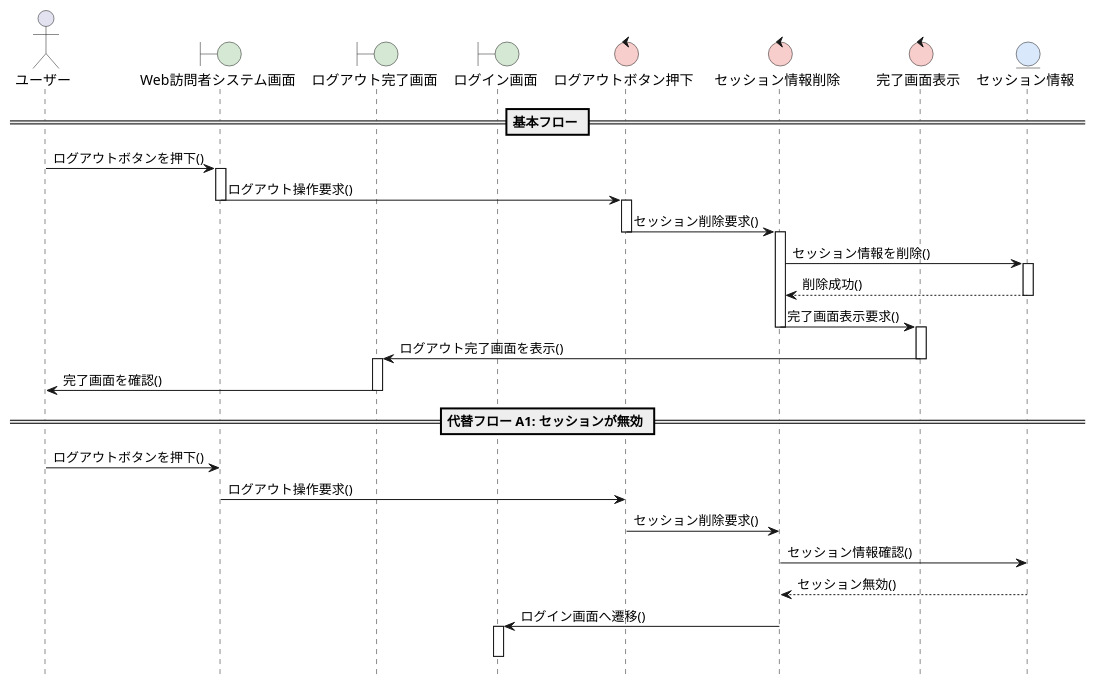
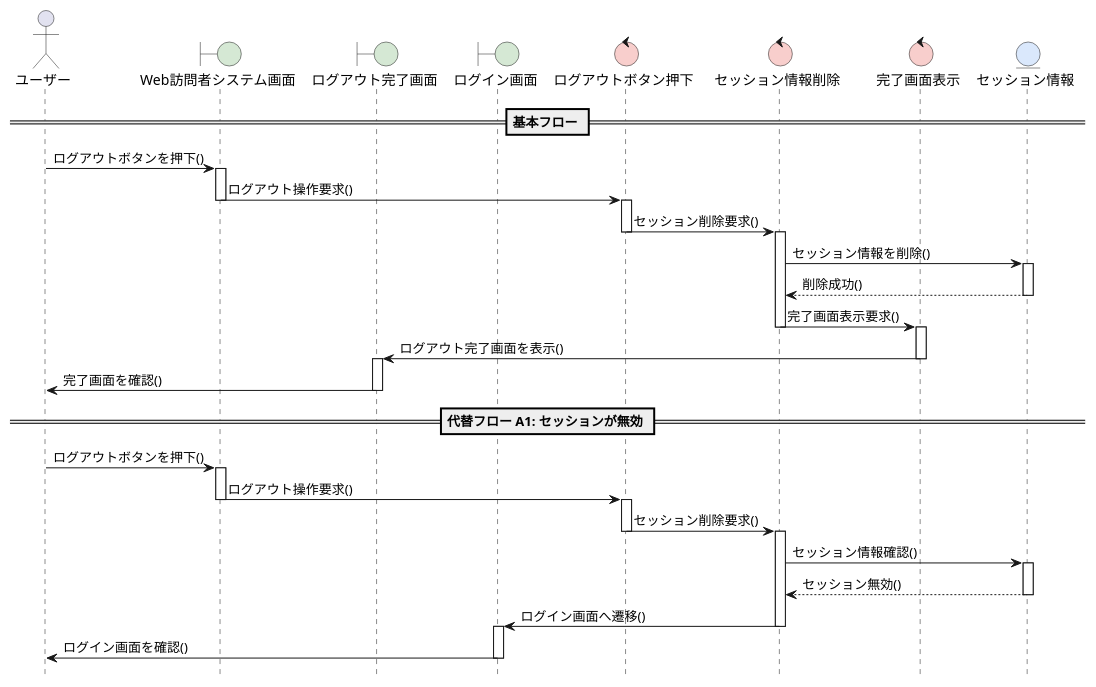
One commit to oharayu/ohara_uml changed the diagram in group/07_web_visitor_3_2/sequence_logout.pu. Above: the diagram before and after it, drawn with PlantUML. The commit also changed 1 other file, not shown here.

```diff
--- a/group/07_web_visitor_3_2/sequence_logout.pu
+++ b/group/07_web_visitor_3_2/sequence_logout.pu
@@ -1,56 +1,70 @@
 @startuml Web訪問者システム-ログアウトシーケンス図
 hide footbox
 skinparam boundaryBackgroundColor #D5E8D4
 skinparam controlBackgroundColor  #F8CECC
 skinparam entityBackgroundColor   #DAE8FC
 
 actor ユーザー as A
 boundary Web訪問者システム画面 as B1
 boundary ログアウト完了画面 as B2
 boundary ログイン画面 as B0
 
 control ログアウトボタン押下 as C1
 control セッション情報削除 as C2
 control 完了画面表示 as C3
 
 entity セッション情報 as E
 
 == 基本フロー ==
 A -> B1: ログアウトボタンを押下()
 activate B1
 
 B1 -> C1: ログアウト操作要求()
 deactivate B1
 activate C1
 
 C1 -> C2: セッション削除要求()
 deactivate C1
 activate C2
 
 C2 -> E: セッション情報を削除()
 activate E
 E --> C2: 削除成功()
 deactivate E
 
 C2 -> C3: 完了画面表示要求()
 deactivate C2
 activate C3
 
 C3 -> B2: ログアウト完了画面を表示()
 deactivate C3
 activate B2
 
 A <- B2: 完了画面を確認()
 deactivate B2
 
 == 代替フロー A1: セッションが無効 ==
 A -> B1: ログアウトボタンを押下()
+activate B1
+
 B1 -> C1: ログアウト操作要求()
+deactivate B1
+activate C1
+
 C1 -> C2: セッション削除要求()
+deactivate C1
+activate C2
+
 C2 -> E: セッション情報確認()
+activate E
 E --> C2: セッション無効()
+deactivate E
+
 C2 -> B0: ログイン画面へ遷移()
+deactivate C2
 activate B0
+
+A <- B0: ログイン画面を確認()
 deactivate B0
 
 @enduml
```
